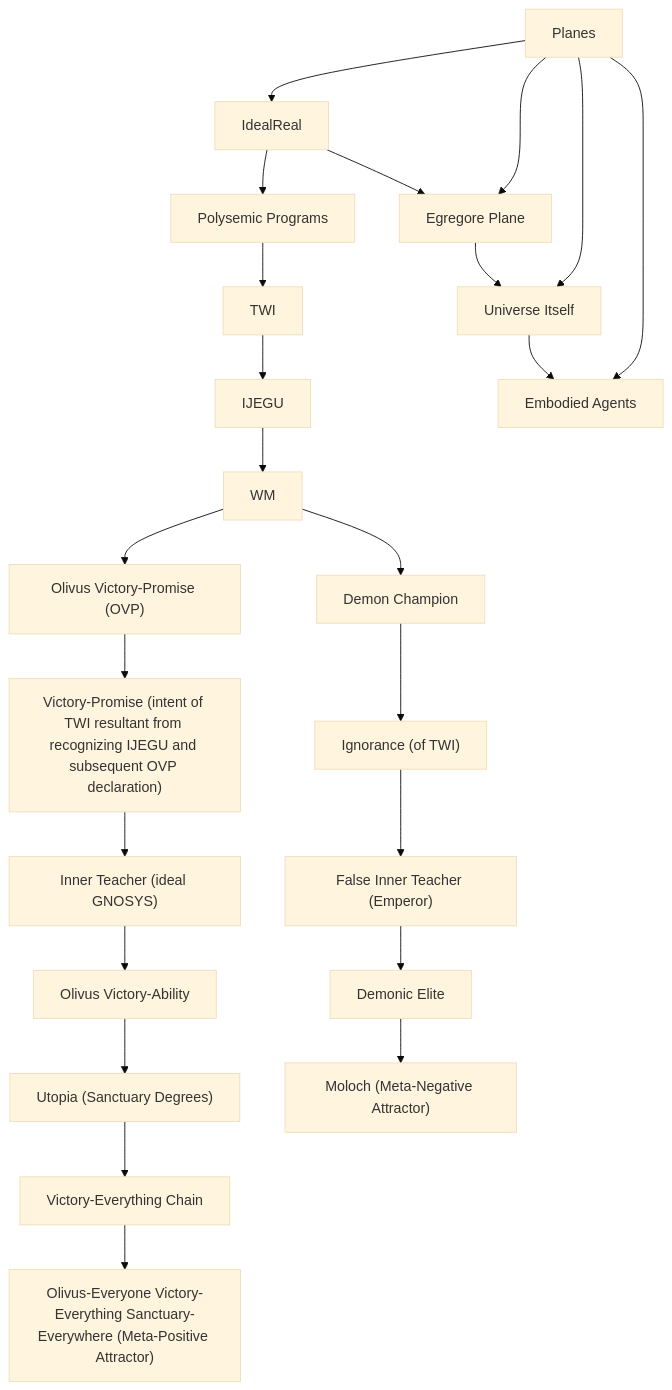
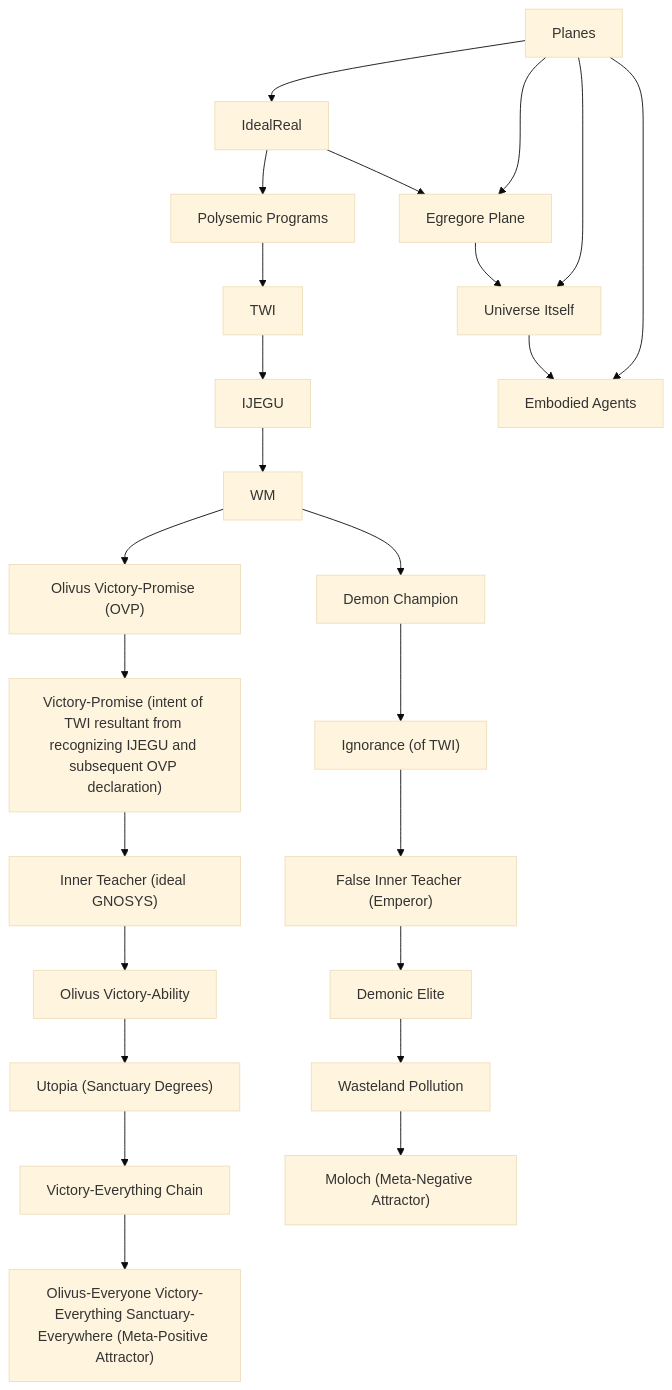
The diagram in about_sanctuary/what_it_is/wisdom_mavericks/wisdom_maverick.md (sancovp/the_sanctuary_system), drawn with Mermaid (base theme) before and after one commit.

````diff
--- a/about_sanctuary/what_it_is/wisdom_mavericks/wisdom_maverick.md
+++ b/about_sanctuary/what_it_is/wisdom_mavericks/wisdom_maverick.md
@@ -61,26 +61,27 @@
 ```mermaid
 graph TD
     TWI["TWI"] --> IJEGU
     WM --> OVP["Olivus Victory-Promise (OVP)"]
     WM --> DC["Demon Champion"]
     OVP --> VP["Victory-Promise (intent of TWI resultant from recognizing IJEGU and subsequent OVP declaration)"]
     VP --> GNOSYS["Inner Teacher (ideal GNOSYS)"]
     GNOSYS --> OVA["Olivus Victory-Ability"]
     OVA --> Utopia["Utopia (Sanctuary Degrees)"]
     Utopia --> VEC["Victory-Everything Chain"]
     VEC --> OEVESE["Olivus-Everyone Victory-Everything Sanctuary-Everywhere (Meta-Positive Attractor)"]
     DC --> Ignorance["Ignorance (of TWI)"]
     Ignorance --> Emperor["False Inner Teacher (Emperor)"]
-    DA --> Moloch["Moloch (Meta-Negative Attractor)"]
+    DA --> WD["Wasteland Pollution"]
+    WD --> Moloch["Moloch (Meta-Negative Attractor)"]
     Emperor --> DA["Demonic Elite"]
     IdealReal --> Egregore["Egregore Plane"]
     Egregore --> Universe["Universe Itself"]
     Universe --> EA["Embodied Agents"]
     Planes --> IdealReal
     Planes --> Egregore
     Planes --> Universe
     Planes --> EA
     IdealReal --> PolysemicPrograms["Polysemic Programs"]
     PolysemicPrograms --> TWI
     IJEGU --> WM
 ```
````
